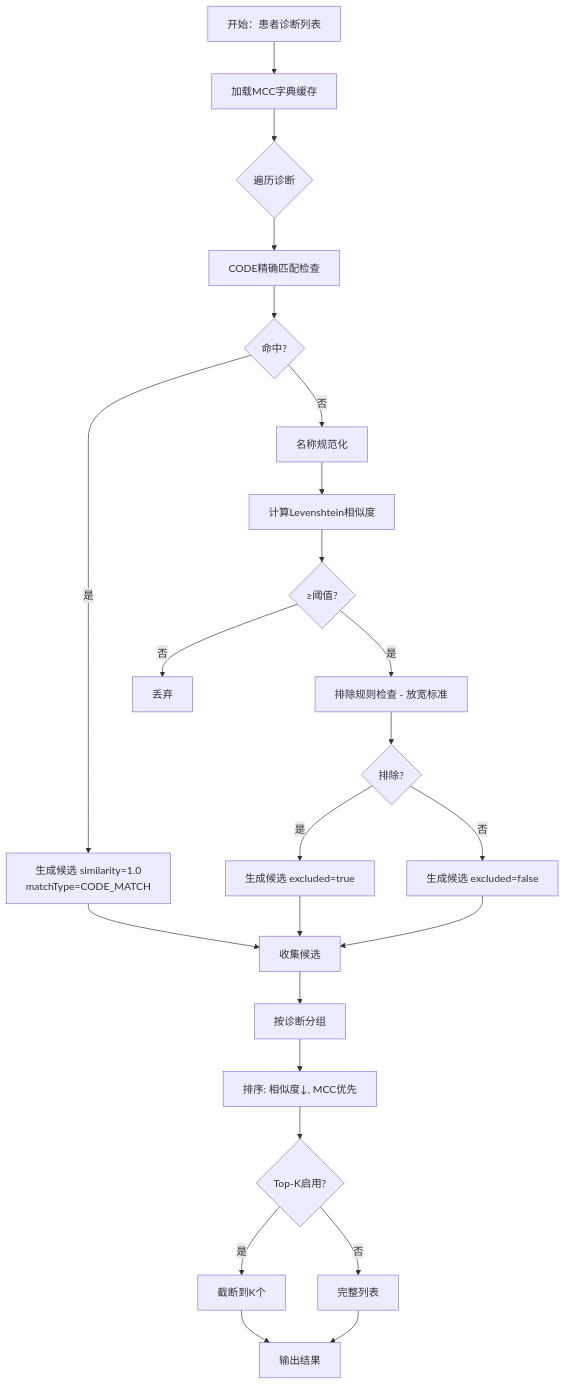
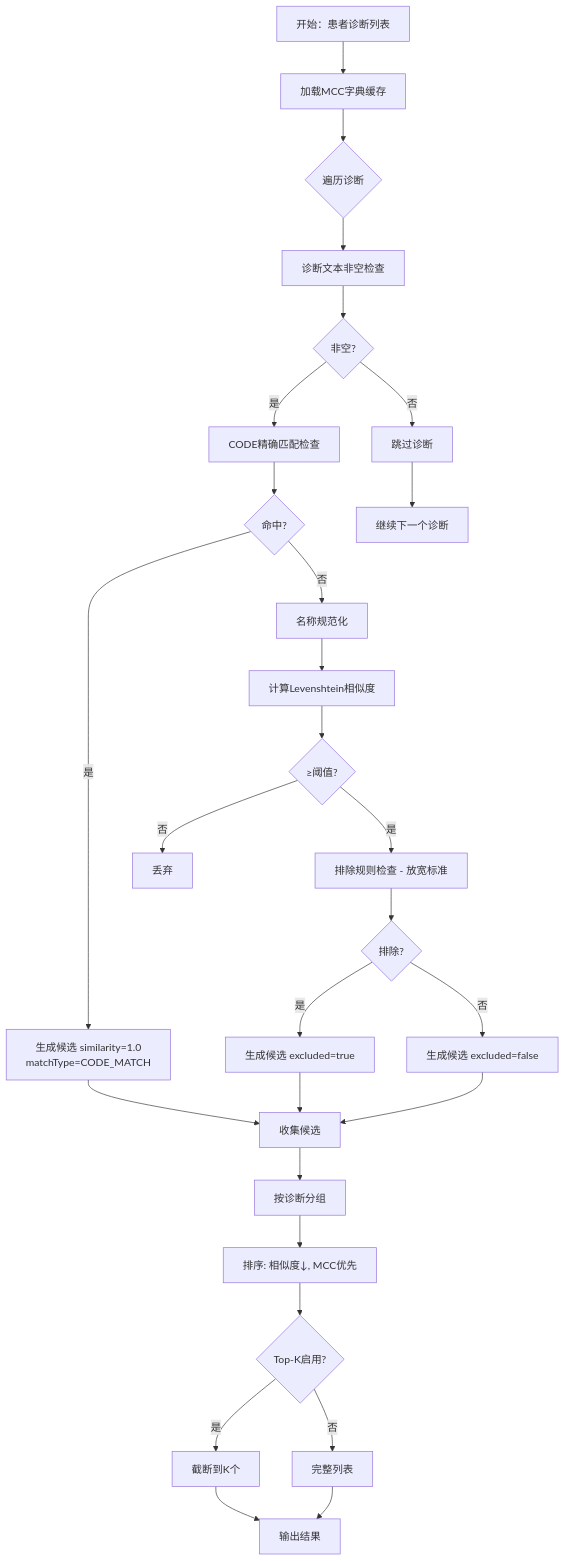
The third of 10 diagrams in .qoder/repowiki/zh/content/核心功能模块/MCC分析系统.md (liuzh2008/med_ai_assistant_workspace), drawn with Mermaid before and after one commit. The commit also changed other lines of this file and 7 other files, not shown here.

````diff
--- a/.qoder/repowiki/zh/content/核心功能模块/MCC分析系统.md
+++ b/.qoder/repowiki/zh/content/核心功能模块/MCC分析系统.md
@@ -223,26 +235,30 @@
 ```mermaid
 flowchart TD
 A[开始：患者诊断列表] --> B[加载MCC字典缓存]
 B --> C{遍历诊断}
-C --> D[CODE精确匹配检查]
-D --> E{命中?}
-E --> |是| F[生成候选 similarity=1.0<br/>matchType=CODE_MATCH]
-E --> |否| G[名称规范化]
-G --> H[计算Levenshtein相似度]
-H --> I{≥阈值?}
-I --> |是| J[排除规则检查 - 放宽标准]
-I --> |否| K[丢弃]
-J --> L{排除?}
-L --> |是| M[生成候选 excluded=true]
-L --> |否| N[生成候选 excluded=false]
-F --> O[收集候选]
-M --> O
-N --> O
-O --> P[按诊断分组]
-P --> Q[排序: 相似度↓, MCC优先]
-Q --> R{Top-K启用?}
-R --> |是| S[截断到K个]
-R --> |否| T[完整列表]
-S --> U[输出结果]
-T --> U
+C --> D[诊断文本非空检查]
+D --> E{非空?}
+E --> |否| F[跳过诊断]
+E --> |是| G[CODE精确匹配检查]
+G --> H{命中?}
+H --> |是| I[生成候选 similarity=1.0<br/>matchType=CODE_MATCH]
+H --> |否| J[名称规范化]
+J --> K[计算Levenshtein相似度]
+K --> L{≥阈值?}
+L --> |是| M[排除规则检查 - 放宽标准]
+L --> |否| N[丢弃]
+M --> O{排除?}
+O --> |是| P[生成候选 excluded=true]
+O --> |否| Q[生成候选 excluded=false]
+I --> R[收集候选]
+P --> R
+Q --> R
+F --> S[继续下一个诊断]
+R --> T[按诊断分组]
+T --> U[排序: 相似度↓, MCC优先]
+U --> V{Top-K启用?}
+V --> |是| W[截断到K个]
+V --> |否| X[完整列表]
+W --> Y[输出结果]
+X --> Y
 ```
````
